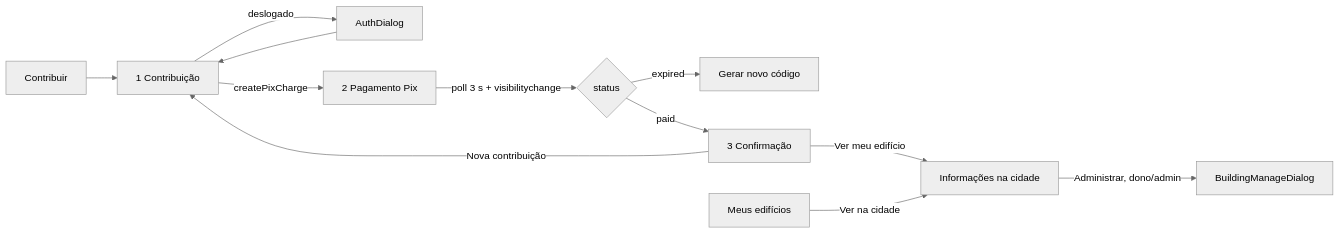
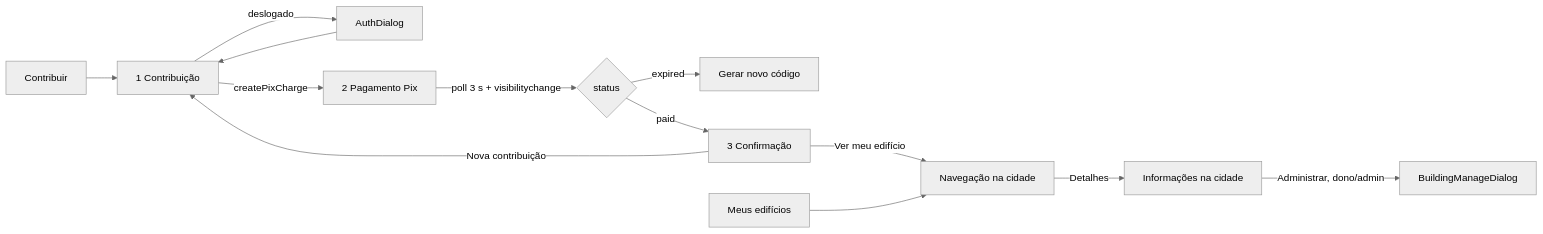
Before and after one commit to RaeII/cidoa: the first of 2 diagrams in doc/components/html-components.md, drawn with Mermaid (neutral theme). The commit also changed other lines of this file and 25 other files, not shown here.

````diff
--- a/doc/components/html-components.md
+++ b/doc/components/html-components.md
@@ -189,13 +201,14 @@
 ```mermaid
 flowchart LR
   P[Contribuir] --> F[1 Contribuição]
   F -- deslogado --> L[AuthDialog] --> F
   F -- createPixCharge --> Pay[2 Pagamento Pix]
   Pay -- poll 3 s + visibilitychange --> S{status}
   S -- expired --> X[Gerar novo código]
   S -- paid --> D[3 Confirmação]
   D -- Nova contribuição --> F
-  D -- Ver meu edifício --> Card[Informações na cidade]
-  M[Meus edifícios] -- Ver na cidade --> Card
+  D -- Ver meu edifício --> Nav[Navegação na cidade]
+  M[Meus edifícios] --> Nav
+  Nav -- Detalhes --> Card[Informações na cidade]
   Card -- Administrar, dono/admin --> Editor[BuildingManageDialog]
 ```
````
